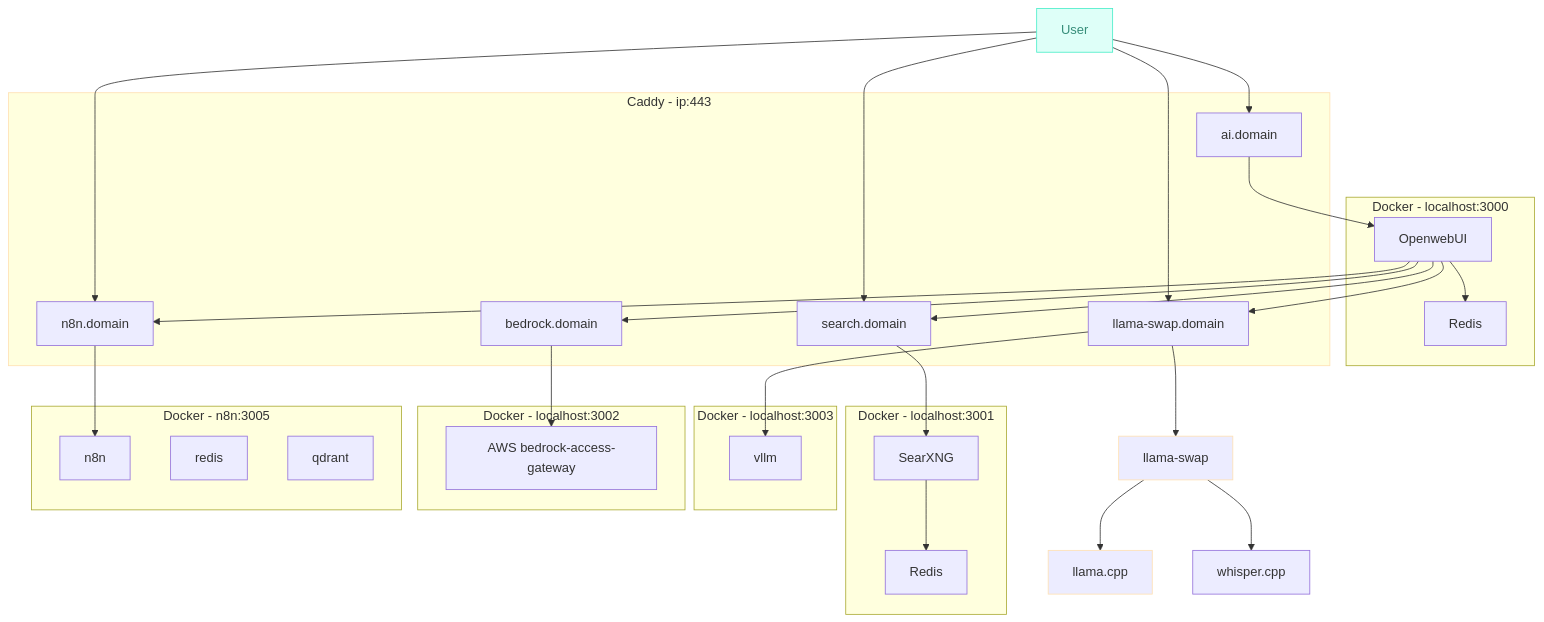
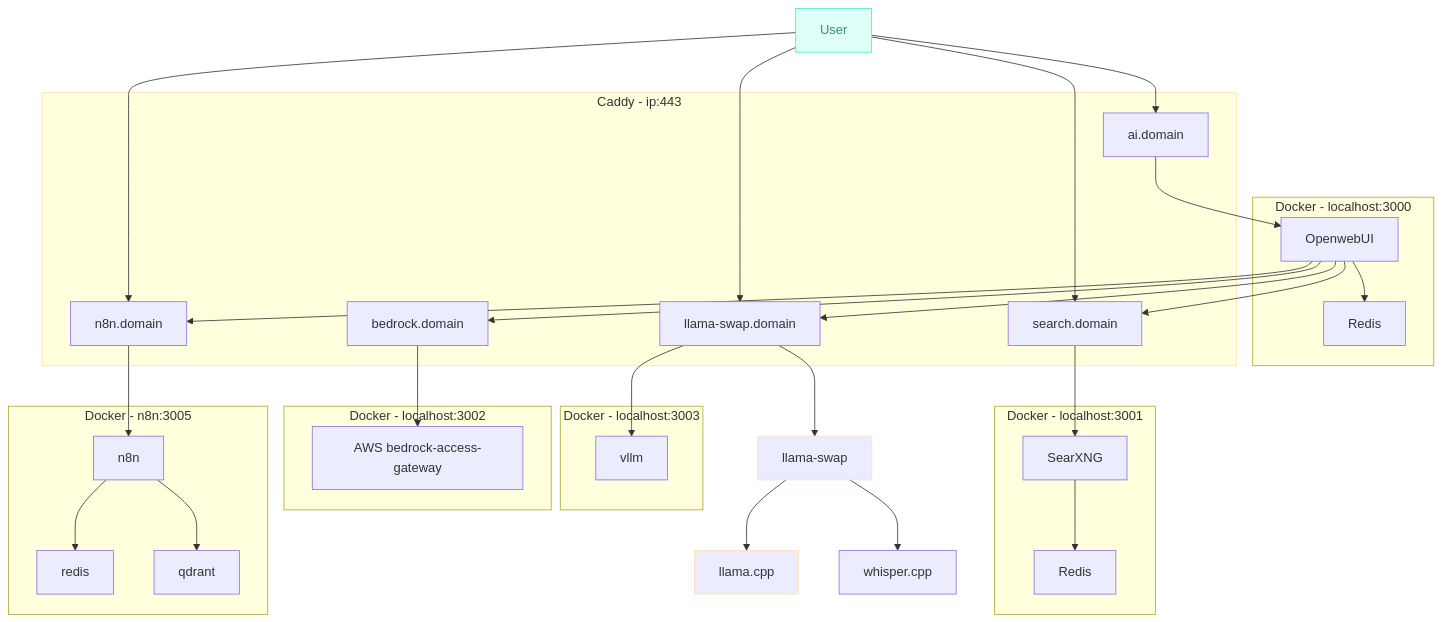
Before and after one commit to cycl00ps/ai-lab: the diagram in README.md, drawn with Mermaid.

````diff
--- a/README.md
+++ b/README.md
@@ -13,50 +13,52 @@
 ```mermaid
 flowchart TD
  subgraph subGraph0["Docker - localhost:3000"]
         B["Redis"]
         A["OpenwebUI"]
   end
  subgraph subGraph1["Docker - localhost:3001"]
         D["Redis"]
         C["SearXNG"]
   end
  subgraph subGraph2["Caddy - ip:443"]
         E["ai.domain"]
         H["search.domain"]
         J["llama-swap.domain"]
         Y["bedrock.domain"]
         n8nweb["n8n.domain"]
   end
  subgraph subGraph3["Docker - localhost:3003"]
         K["vllm"]
   end
  subgraph subGraph4["Docker - localhost:3002"]
         L["AWS bedrock-access-gateway"]
   end
  subgraph subGraph5["Docker - n8n:3005"]
         n8n["n8n"]
         n8n-redis["redis"]
         n8n-qdrant["qdrant"]
   end
 
     A --> B & H & J & Y & n8nweb
     C --> D
     E --> A
     H --> C
     F["llama-swap"] --> G["llama.cpp"]
     F["llama-swap"] --> Z["whisper.cpp"]
     J --> K
     I["User"] --> E
     I["User"] --> H
     I["User"] --> n8nweb
     I --> J
     J --> F
     Y --> L
     n8nweb --> n8n
+    n8n --> n8n-redis
+    n8n --> n8n-qdrant
 
 I:::Aqua
     classDef Aqua stroke-width:1px, stroke-dasharray:none, stroke:#46EDC8, fill:#DEFFF8, color:#378E7A
     style F stroke:#FFE0B2
     style G stroke:#FFE0B2
     style subGraph2 stroke:#FFE0B2
 ```
````
